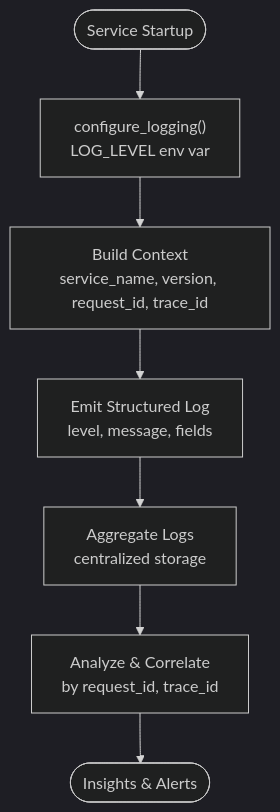
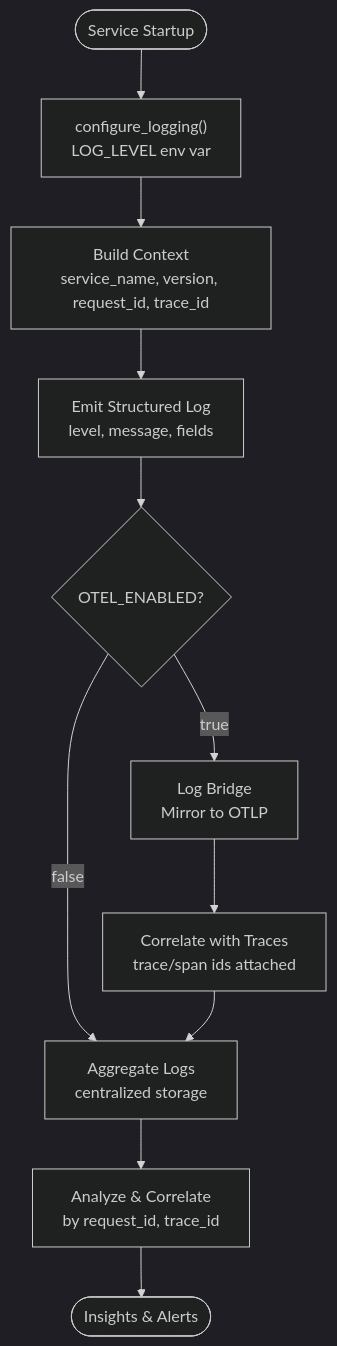
Before and after one commit to metasync/luban-aiops: the fifth of 10 diagrams in .qoder/repowiki/en/content/Monitoring and Observability/Monitoring and Observability.md, drawn with Mermaid (dark theme). The commit also changed other lines of this file and 71 other files, not shown here.

````diff
--- a/.qoder/repowiki/en/content/Monitoring and Observability/Monitoring and Observability.md
+++ b/.qoder/repowiki/en/content/Monitoring and Observability/Monitoring and Observability.md
@@ -239,9 +315,13 @@
 ```mermaid
 flowchart TD
 Start(["Service Startup"]) --> ConfigureLogging["configure_logging()<br/>LOG_LEVEL env var"]
 ConfigureLogging --> BuildContext["Build Context<br/>service_name, version, request_id, trace_id"]
 BuildContext --> EmitLog["Emit Structured Log<br/>level, message, fields"]
-EmitLog --> Aggregate["Aggregate Logs<br/>centralized storage"]
+EmitLog --> CheckOTEL{"OTEL_ENABLED?"}
+CheckOTEL --> |false| Aggregate["Aggregate Logs<br/>centralized storage"]
+CheckOTEL --> |true| Bridge["Log Bridge<br/>Mirror to OTLP"]
+Bridge --> Correlate["Correlate with Traces<br/>trace/span ids attached"]
+Correlate --> Aggregate
 Aggregate --> Analyze["Analyze & Correlate<br/>by request_id, trace_id"]
 Analyze --> End(["Insights & Alerts"])
 ```
````
